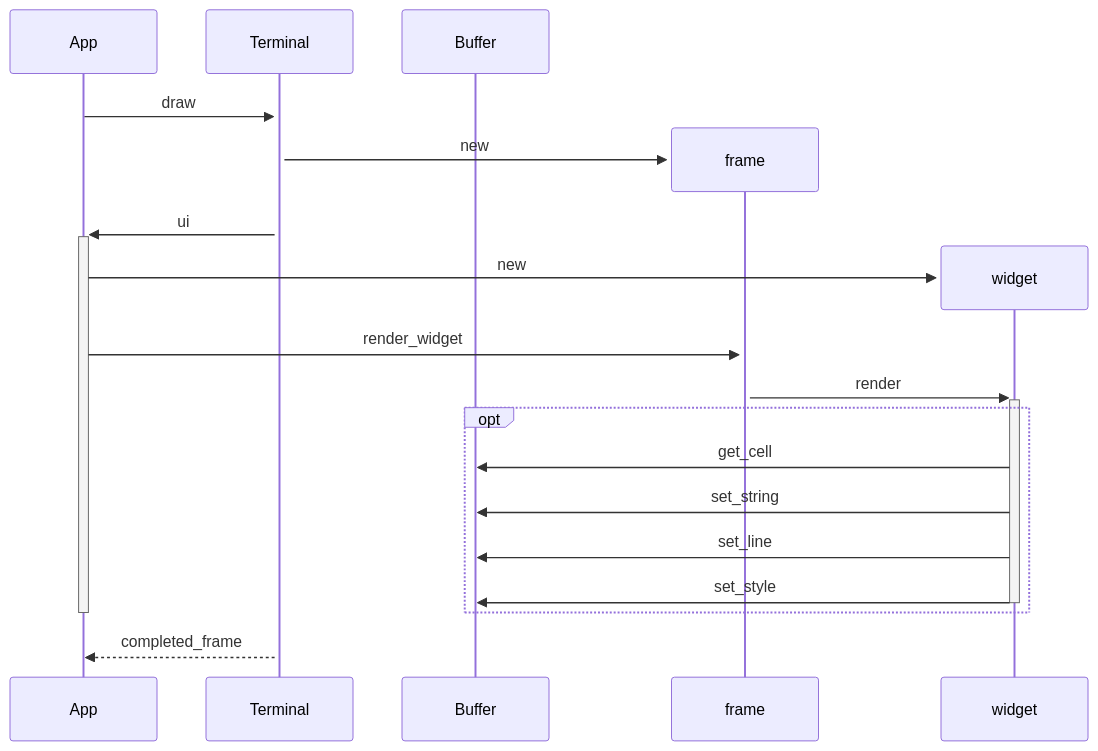
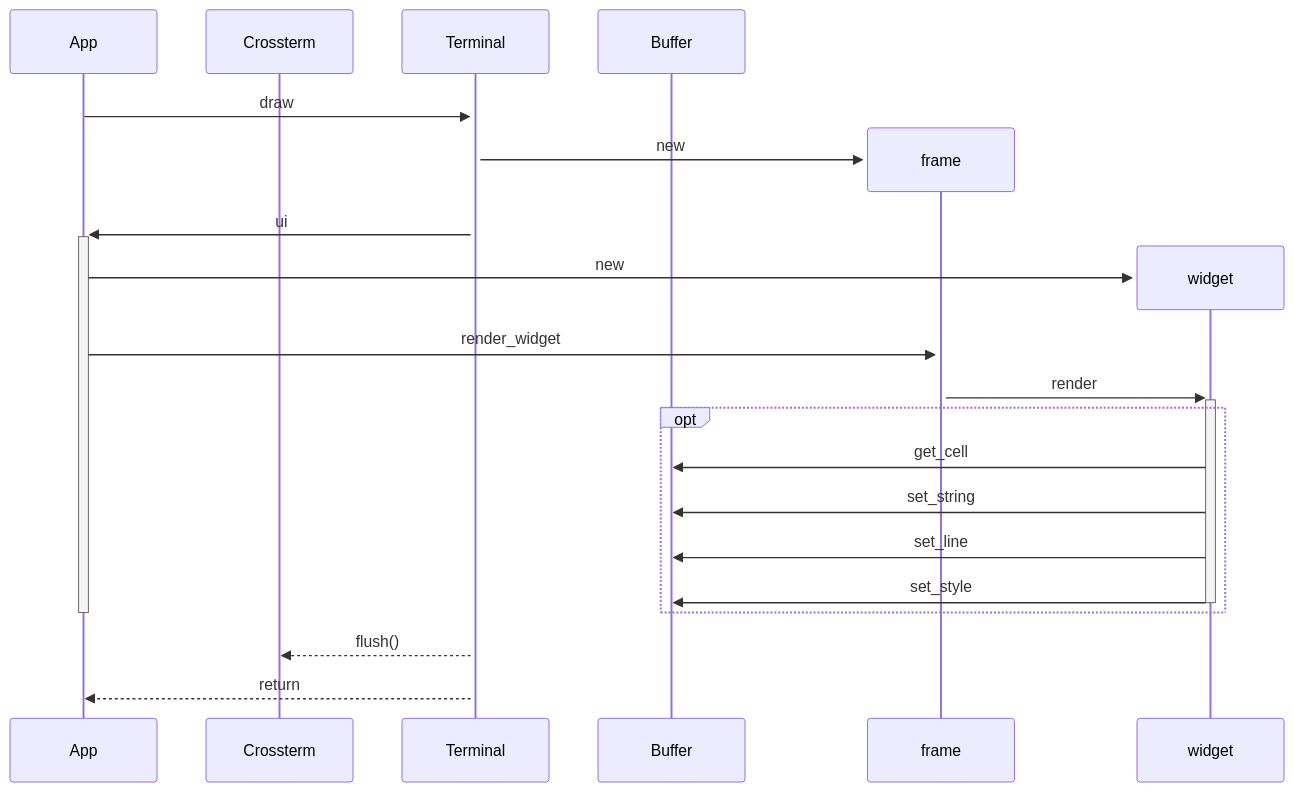
Before and after one commit to ratatui/ratatui-website: the diagram in src/concepts/rendering-under-the-hood.md, drawn with Mermaid. The commit also changed other lines of this file, not shown here.

Commit message:
docs: Minor tweaks and updated sequence diagram 📚

````diff
--- a/src/concepts/rendering-under-the-hood.md
+++ b/src/concepts/rendering-under-the-hood.md
@@ -191,22 +191,24 @@
 ```mermaid
 sequenceDiagram
     participant A as App
+    participant C as Crossterm
     participant T as Terminal
     participant B as Buffer
     A ->>+ T: draw
     create participant F as frame
     T ->> F: new
     T ->>+ A: ui
     create participant W as widget
     A ->> W: new
     A ->>+ F: render_widget
     F ->>+ W: render
     opt
     W ->> B: get_cell
     W ->> B: set_string
     W ->> B: set_line
     W ->>- B: set_style
     end
     deactivate A
-    T -->> A: completed_frame
+    T -->> C: flush()
+    T -->> A: return
 ```
````
